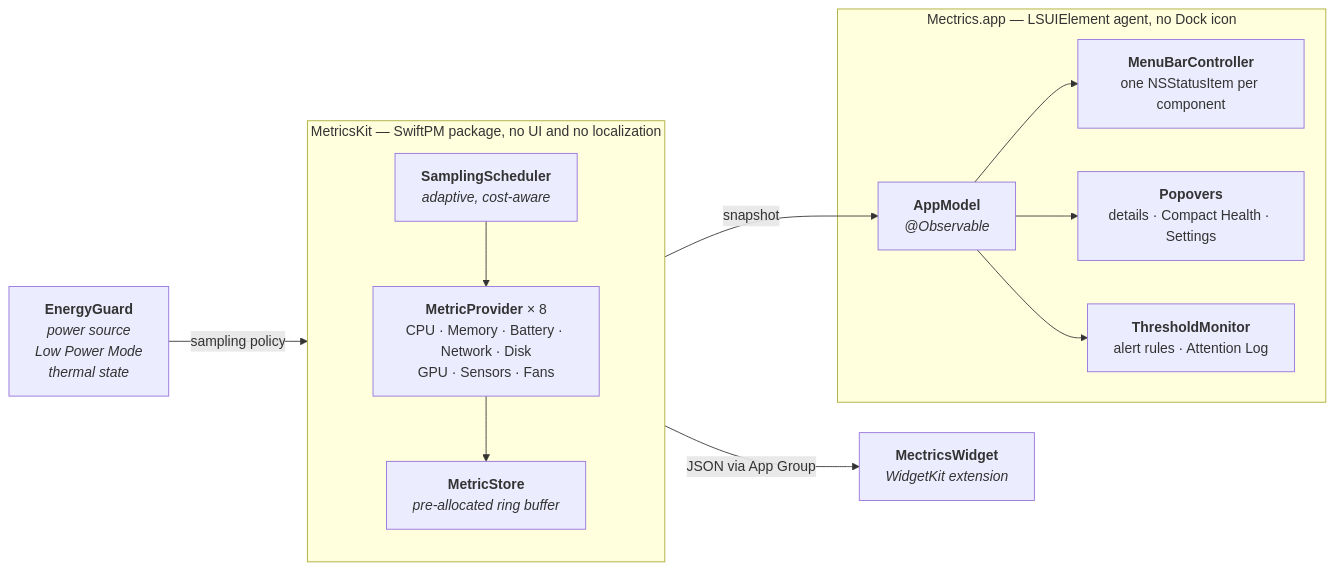
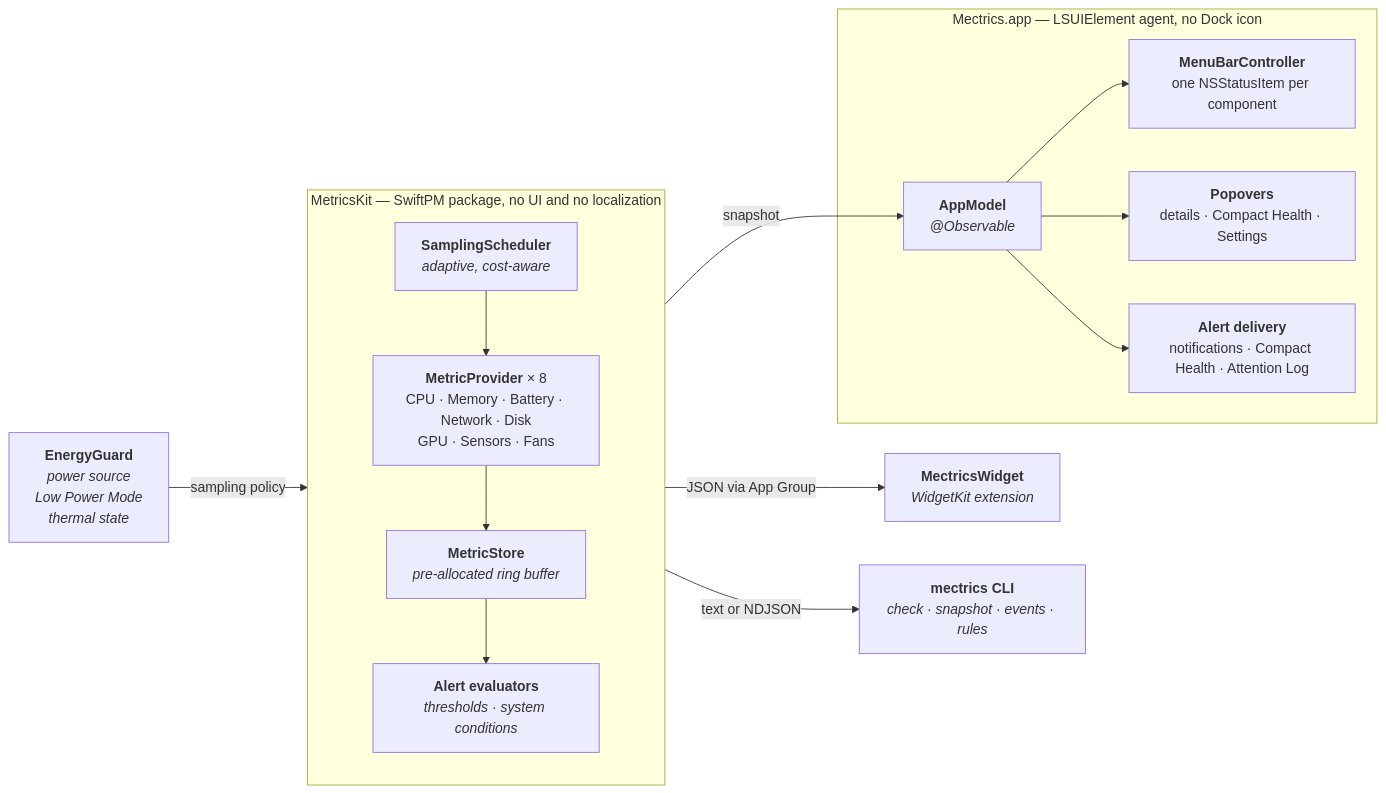
Before and after one commit to farukkamcici/mectrics: the diagram in docs/architecture.md, drawn with Mermaid. The commit also changed other lines of this file and 36 other files, not shown here.

````diff
--- a/docs/architecture.md
+++ b/docs/architecture.md
@@ -13,28 +13,32 @@
 ```mermaid
 flowchart LR
     EG["<b>EnergyGuard</b><br/><i>power source</i><br/><i>Low Power Mode</i><br/><i>thermal state</i>"]
 
     subgraph kit["MetricsKit — SwiftPM package, no UI and no localization"]
         direction TB
         SS["<b>SamplingScheduler</b><br/><i>adaptive, cost-aware</i>"]
         PR["<b>MetricProvider</b> × 8<br/>CPU · Memory · Battery · Network · Disk<br/>GPU · Sensors · Fans"]
         ST["<b>MetricStore</b><br/><i>pre-allocated ring buffer</i>"]
+        AE["<b>Alert evaluators</b><br/><i>thresholds · system conditions</i>"]
         SS --> PR --> ST
+        ST --> AE
     end
 
     subgraph app["Mectrics.app — LSUIElement agent, no Dock icon"]
         AM["<b>AppModel</b><br/><i>@Observable</i>"]
         MB["<b>MenuBarController</b><br/>one NSStatusItem per component"]
         PO["<b>Popovers</b><br/>details · Compact Health · Settings"]
-        AL["<b>ThresholdMonitor</b><br/>alert rules · Attention Log"]
+        AL["<b>Alert delivery</b><br/>notifications · Compact Health · Attention Log"]
         AM --> MB
         AM --> PO
         AM --> AL
     end
 
     WG["<b>MectricsWidget</b><br/><i>WidgetKit extension</i>"]
+    CLI["<b>mectrics CLI</b><br/><i>check · snapshot · events · rules</i>"]
 
     EG -->|"sampling policy"| SS
     ST -->|"snapshot"| AM
     ST -->|"JSON via App Group"| WG
+    AE -->|"text or NDJSON"| CLI
 ```
````
